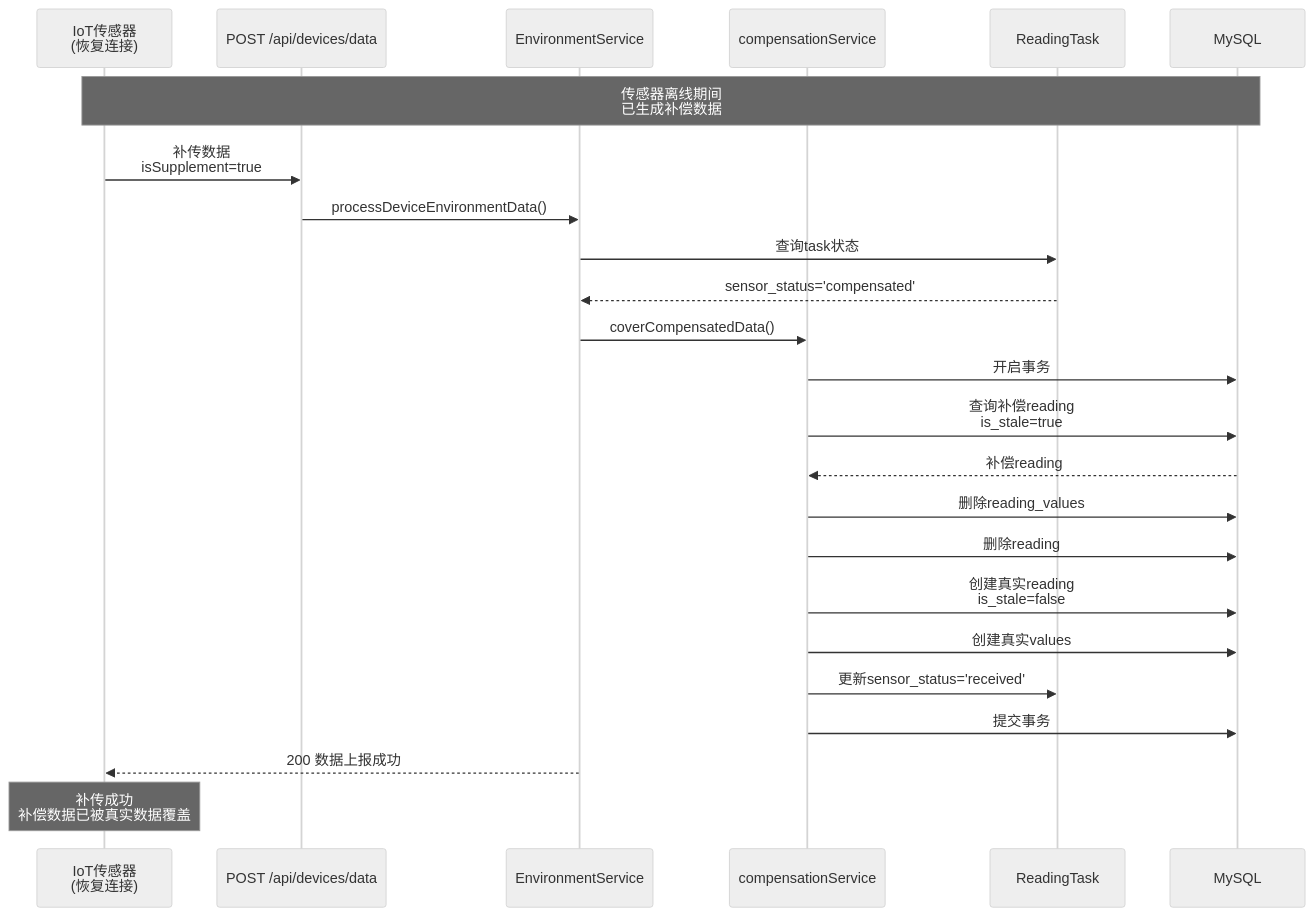
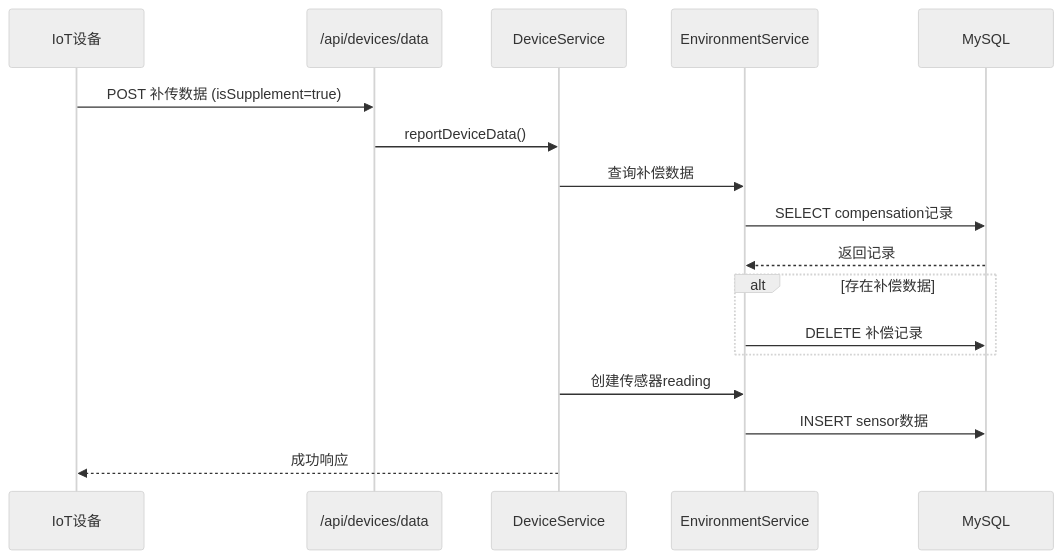
The sixth of 7 diagrams in docs/current/02-architecture/环境数据系统架构图.md (ShatterDusk/smart-garden-mvp), drawn with Mermaid (neutral theme) before and after one commit. The commit also changed other lines of this file and 329 other files, not shown here.

````diff
--- a/docs/current/02-architecture/环境数据系统架构图.md
+++ b/docs/current/02-architecture/环境数据系统架构图.md
@@ -316,38 +341,24 @@
 ```mermaid
 sequenceDiagram
-    participant Sensor as IoT传感器<br/>(恢复连接)
-    participant API as POST /api/devices/data
-    participant EnvSvc as EnvironmentService
-    participant CompSvc as compensationService
-    participant Task as ReadingTask
+    participant Device as IoT设备
+    participant API as /api/devices/data
+    participant DeviceS as DeviceService
+    participant EnvS as EnvironmentService
     participant DB as MySQL
+
+    Device->>API: POST 补传数据 (isSupplement=true)
+    API->>DeviceS: reportDeviceData()
     
-    Note over Sensor,DB: 传感器离线期间<br/>已生成补偿数据
+    DeviceS->>EnvS: 查询补偿数据
+    EnvS->>DB: SELECT compensation记录
+    DB-->>EnvS: 返回记录
     
-    Sensor->>API: 补传数据<br/>isSupplement=true
-    API->>EnvSvc: processDeviceEnvironmentData()
+    alt 存在补偿数据
+        EnvS->>DB: DELETE 补偿记录
+    end
     
-    EnvSvc->>Task: 查询task状态
-    Task-->>EnvSvc: sensor_status='compensated'
+    DeviceS->>EnvS: 创建传感器reading
+    EnvS->>DB: INSERT sensor数据
     
-    EnvSvc->>CompSvc: coverCompensatedData()
-    
-    CompSvc->>DB: 开启事务
-    
-    CompSvc->>DB: 查询补偿reading<br/>is_stale=true
-    DB-->>CompSvc: 补偿reading
-    
-    CompSvc->>DB: 删除reading_values
-    CompSvc->>DB: 删除reading
-    
-    CompSvc->>DB: 创建真实reading<br/>is_stale=false
-    CompSvc->>DB: 创建真实values
-    
-    CompSvc->>Task: 更新sensor_status='received'
-    
-    CompSvc->>DB: 提交事务
-    
-    EnvSvc-->>Sensor: 200 数据上报成功
-    
-    Note over Sensor: 补传成功<br/>补偿数据已被真实数据覆盖
+    DeviceS-->>Device: 成功响应
 ```
````
